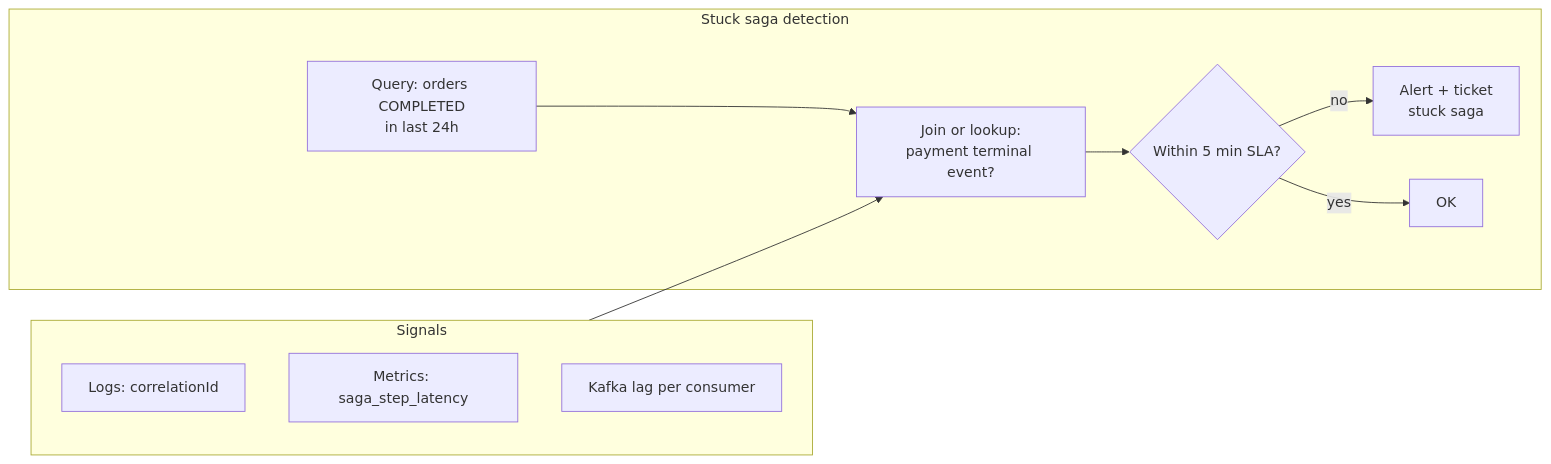
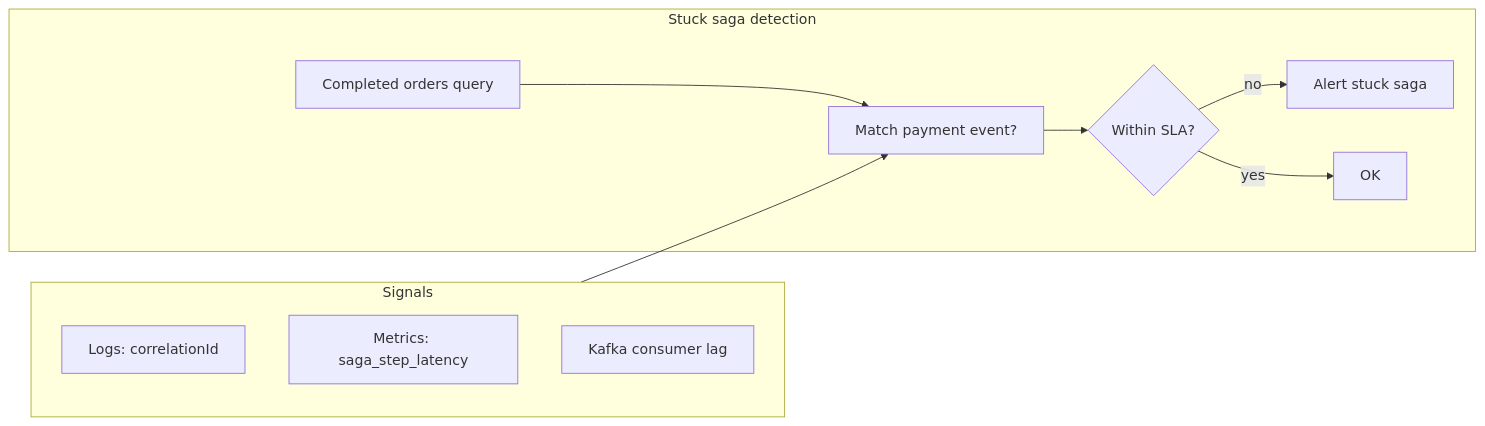
One commit to rishikeshdhokare/platform-manifesto changed the sixth of 6 diagrams in 02-architecture-and-api/06-saga-patterns.md. Above: the diagram before and after it, drawn with Mermaid. The commit also changed other lines of this file and 12 other files, not shown here.

First line of the commit message:
fix: refactor Mermaid diagrams for compliance (#135)

````diff
--- a/02-architecture-and-api/06-saga-patterns.md
+++ b/02-architecture-and-api/06-saga-patterns.md
@@ -250,19 +250,19 @@
 ```mermaid
 flowchart LR
     subgraph detect["Stuck saga detection"]
-        Q1[Query: orders COMPLETED<br/>in last 24h]
-        Q2[Join or lookup:<br/>payment terminal event?]
-        Q3{Within 5 min SLA?}
+        Q1[Completed orders query]
+        Q2[Match payment event?]
+        Q3{Within SLA?}
         Q1 --> Q2 --> Q3
-        Q3 -->|no| AL[Alert + ticket<br/>stuck saga]
+        Q3 -->|no| AL[Alert stuck saga]
         Q3 -->|yes| OK[OK]
     end
 
     subgraph signals["Signals"]
         L[Logs: correlationId]
         M[Metrics: saga_step_latency]
-        K[Kafka lag per consumer]
+        K[Kafka consumer lag]
     end
 
     signals --> Q2
 ```
````
